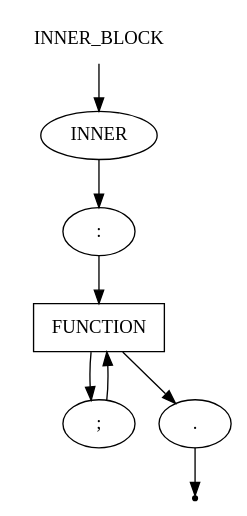
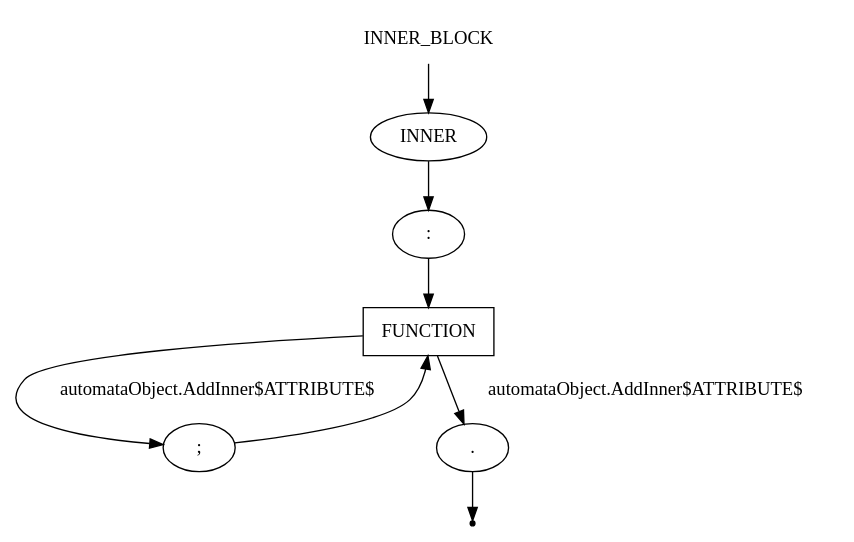
Before and after one commit to aVorotnikov/dsl_generator: the diagram in _examples/ciao/inner_block.gv, drawn with Graphviz. The commit also changed 4 other files, not shown here.

Commit message:
Add code to Virt diagrams

```diff
--- a/_examples/ciao/inner_block.gv
+++ b/_examples/ciao/inner_block.gv
@@ -1,16 +1,16 @@
 digraph INNER_BLOCK {
     start [label=INNER_BLOCK shape=plaintext]
     A [label=INNER shape=oval]
     B [label=":" shape=oval]
     C [label=FUNCTION shape=box]
     G [label=";" shape=oval]
     H [label="." shape=oval]
     end [label="" shape=point]
     start -> A
     A -> B
     B -> C
-    C -> G
-    C -> H
+    C -> G [label="automataObject.AddInner$ATTRIBUTE$"]
+    C -> H [label="automataObject.AddInner$ATTRIBUTE$"]
     G -> C
     H -> end
 }
```
